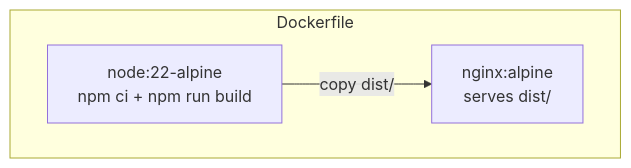
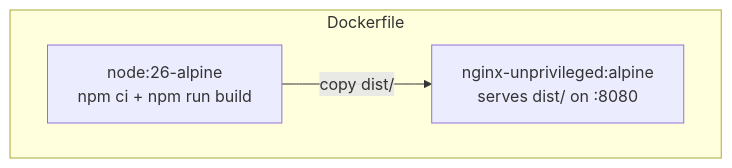
The third of 3 diagrams in docs/architecture.md (Terminschleuder/frontend), drawn with Mermaid before and after one commit. The commit also changed other lines of this file and 2 other files, not shown here.

````diff
--- a/docs/architecture.md
+++ b/docs/architecture.md
@@ -149,8 +153,8 @@
 ```mermaid
 flowchart TB
   subgraph Dockerfile
-    Build[node:22-alpine<br/>npm ci + npm run build]
-    Run[nginx:alpine<br/>serves dist/]
+    Build[node:26-alpine<br/>npm ci + npm run build]
+    Run[nginx-unprivileged:alpine<br/>serves dist/ on :8080]
   end
   Build -->|copy dist/| Run
 ```
````
